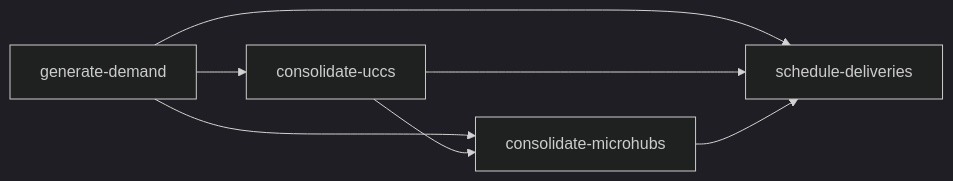
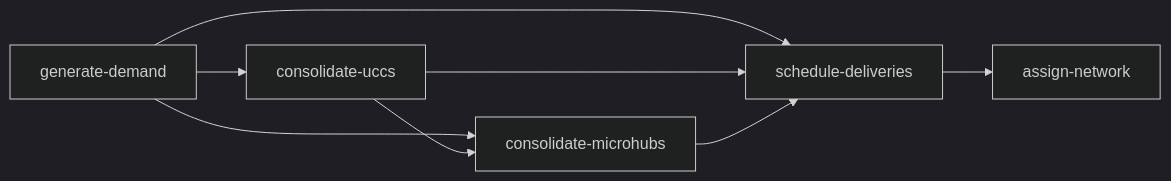
The diagram in README.md (hcubasd/urban-dollop), drawn with Mermaid (dark theme) before and after one commit. The commit also changed other lines of this file and 14 other files, not shown here.

First line of the commit message:
Add assign-network module: Dijkstra-based trip-to-link assignment

````diff
--- a/README.md
+++ b/README.md
@@ -39,9 +39,10 @@
 ```mermaid
 flowchart LR
     A[generate-demand] --> B[consolidate-uccs]
     A --> C[consolidate-microhubs]
     A --> D[schedule-deliveries]
     B --> C
     B --> D
     C --> D
+    D --> E[assign-network]
 ```
````
